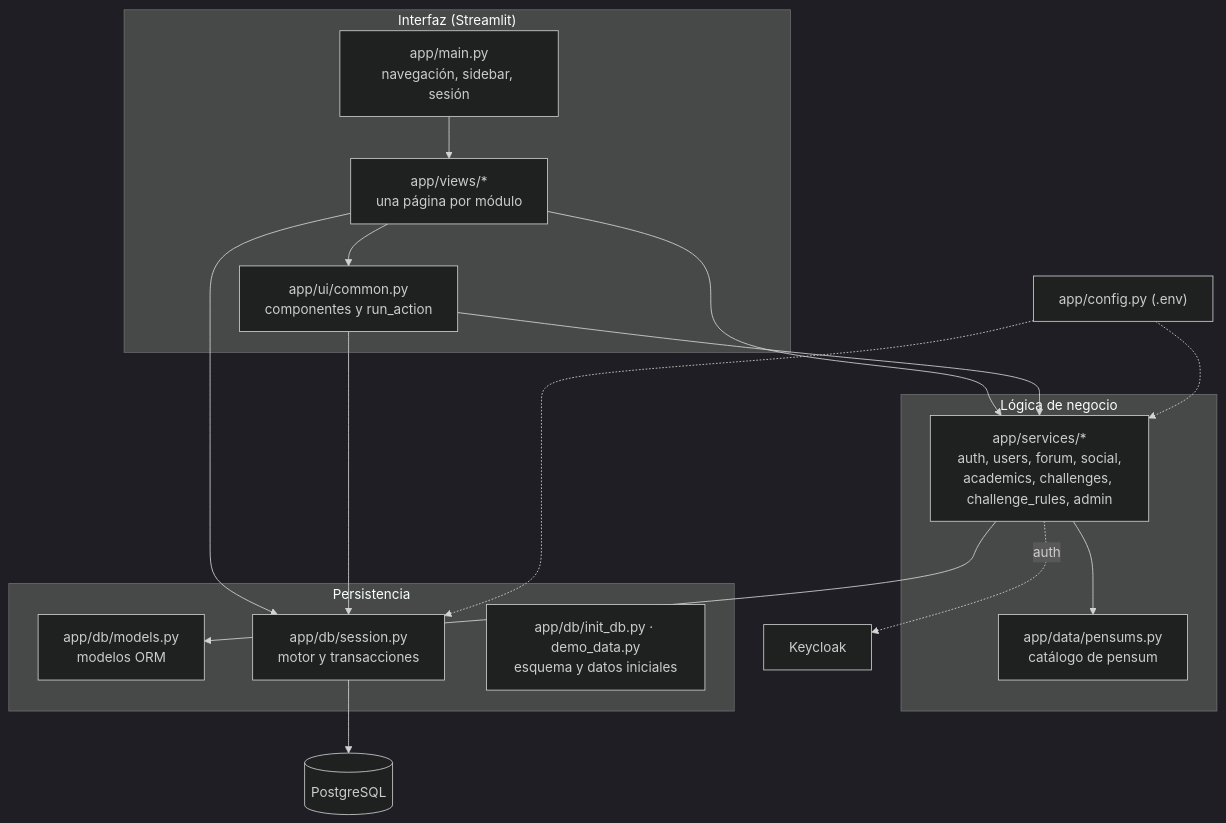
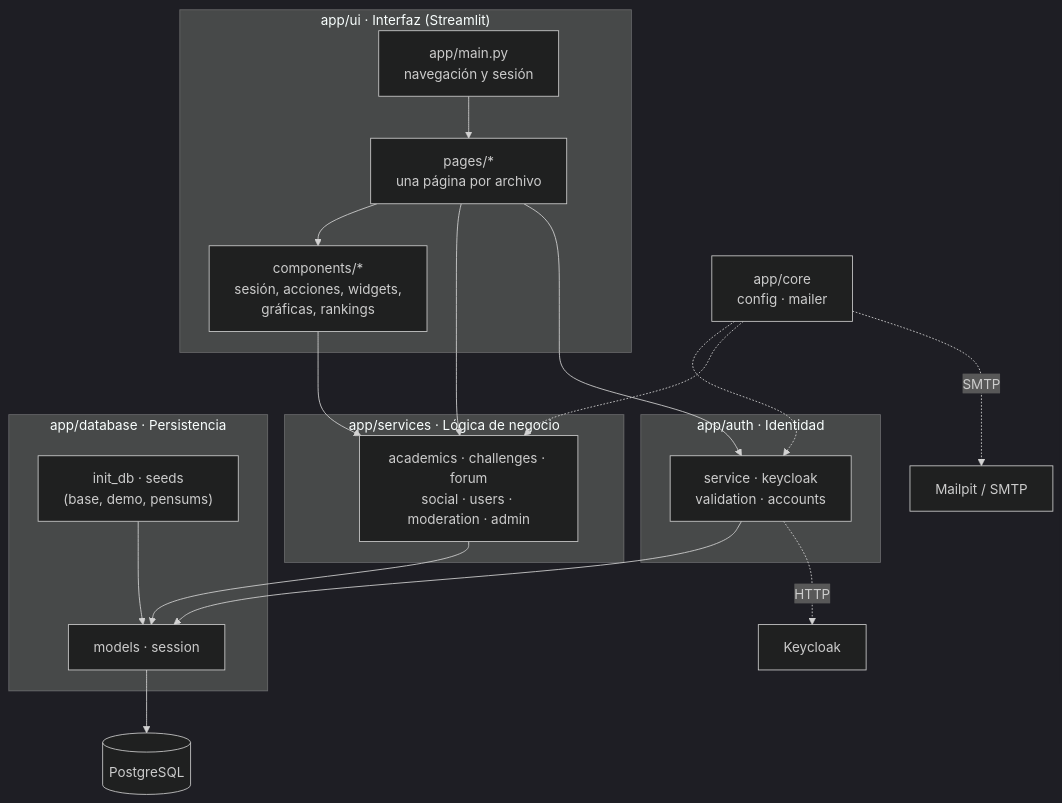
Before and after one commit to Jhoan-Dominguez/ct-ranking-platform: the first of 2 diagrams in docs/04-arquitectura.md, drawn with Mermaid (dark theme). The commit also changed other lines of this file and 4 other files, not shown here.

First line of the commit message:
docs: update installation, deployment and architecture for new layout

````diff
--- a/docs/04-arquitectura.md
+++ b/docs/04-arquitectura.md
@@ -25,29 +25,31 @@
 ```mermaid
 flowchart TB
-    subgraph UI["Interfaz (Streamlit)"]
-        main["app/main.py<br/>navegación, sidebar, sesión"]
-        views["app/views/*<br/>una página por módulo"]
-        ui["app/ui/common.py<br/>componentes y run_action"]
+    subgraph UI["app/ui · Interfaz (Streamlit)"]
+        main["app/main.py<br/>navegación y sesión"]
+        pages["pages/*<br/>una página por archivo"]
+        components["components/*<br/>sesión, acciones, widgets,<br/>gráficas, rankings"]
     end
-    subgraph Dominio["Lógica de negocio"]
-        services["app/services/*<br/>auth, users, forum, social,<br/>academics, challenges, challenge_rules, admin"]
-        data["app/data/pensums.py<br/>catálogo de pensum"]
+    subgraph Auth["app/auth · Identidad"]
+        authsvc["service · keycloak<br/>validation · accounts"]
     end
-    subgraph Datos["Persistencia"]
-        models["app/db/models.py<br/>modelos ORM"]
-        session["app/db/session.py<br/>motor y transacciones"]
-        init["app/db/init_db.py · demo_data.py<br/>esquema y datos iniciales"]
+    subgraph Dominio["app/services · Lógica de negocio"]
+        services["academics · challenges · forum<br/>social · users · moderation · admin"]
     end
-    config["app/config.py (.env)"]
-    main --> views --> ui
-    views --> services
-    ui --> services
+    subgraph Datos["app/database · Persistencia"]
+        models["models · session"]
+        seeds["init_db · seeds<br/>(base, demo, pensums)"]
+    end
+    core["app/core<br/>config · mailer"]
+    main --> pages --> components
+    pages --> services
+    pages --> authsvc
+    components --> services
     services --> models
-    services --> data
-    views --> session
-    ui --> session
-    session --> pg[(PostgreSQL)]
-    services -. auth .-> kc[Keycloak]
-    config -.-> session
-    config -.-> services
+    authsvc --> models
+    seeds --> models
+    models --> pg[(PostgreSQL)]
+    authsvc -. HTTP .-> kc[Keycloak]
+    core -.-> authsvc
+    core -.-> services
+    core -. SMTP .-> mail[Mailpit / SMTP]
 ```
````
